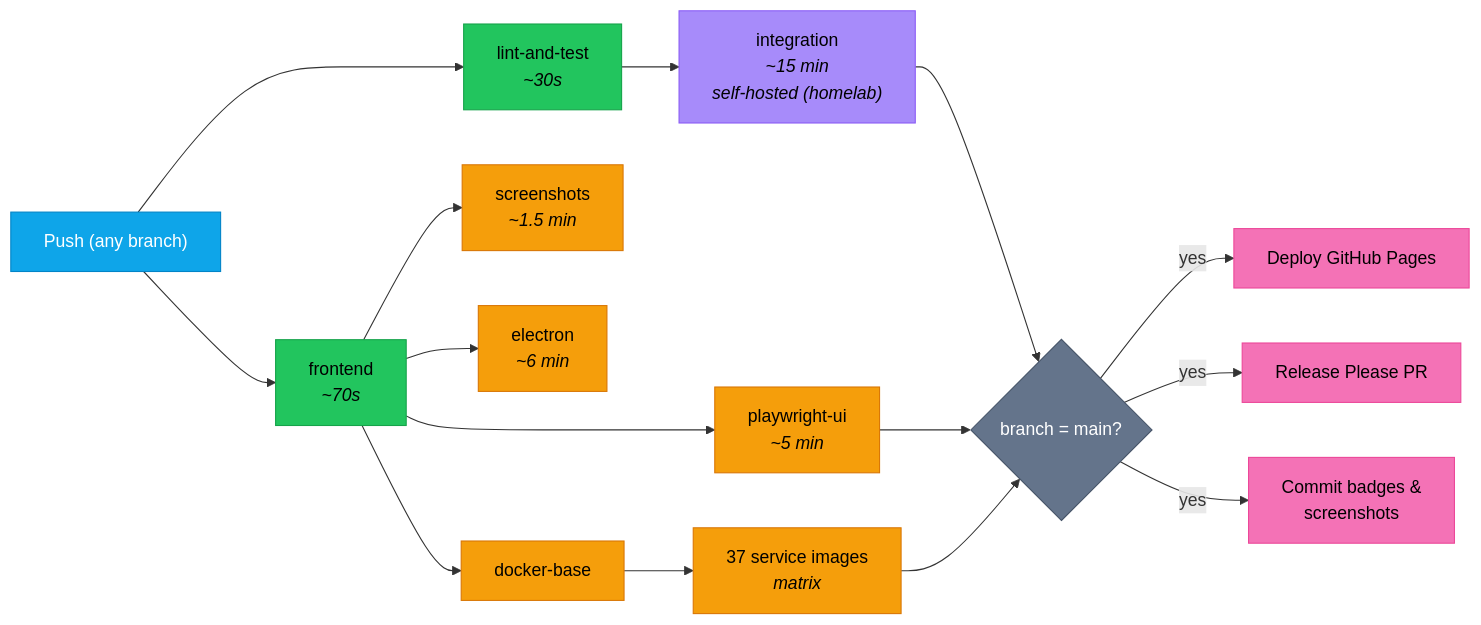
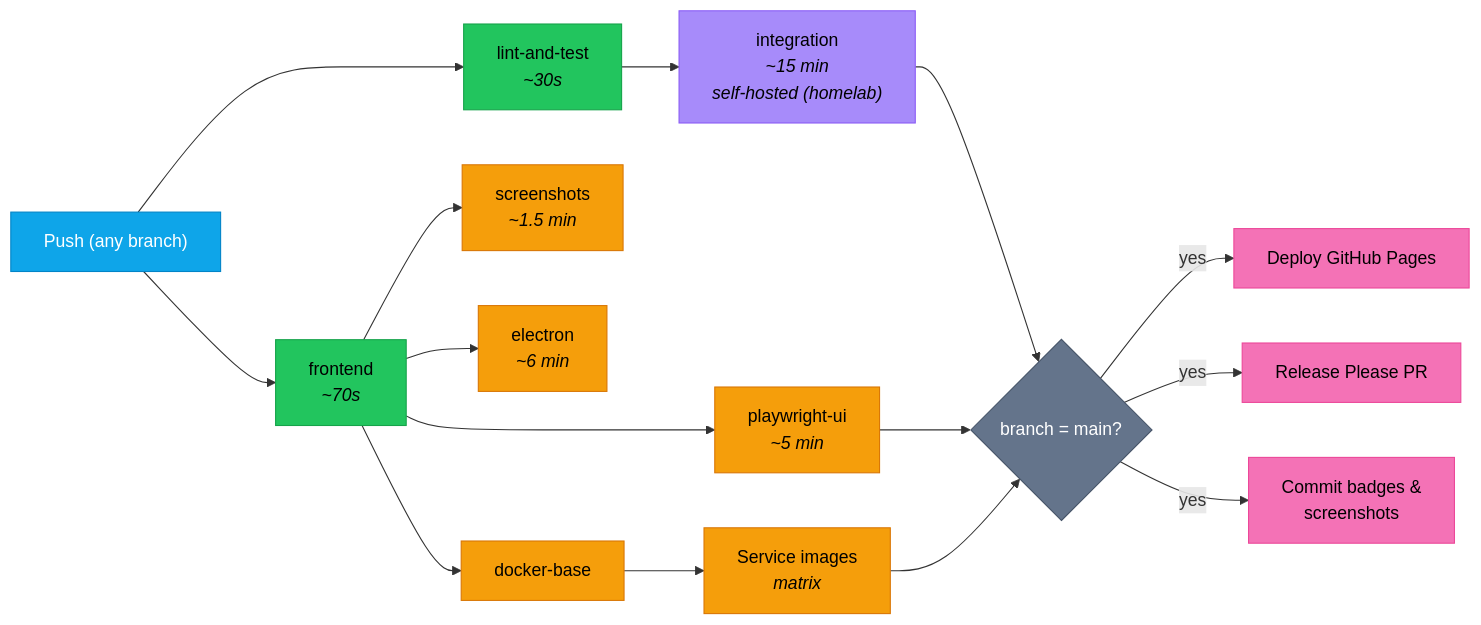
The diagram in docs/site/src/content/docs/development/ci-cd.md (milesburton/veta-trading-platform), drawn with Mermaid before and after one commit. The commit also changed other lines of this file and 3 other files, not shown here.

Commit message:
docs: remove stale hard-coded counts from CI and architecture pages

````diff
--- a/docs/site/src/content/docs/development/ci-cd.md
+++ b/docs/site/src/content/docs/development/ci-cd.md
@@ -12,31 +12,31 @@
 ```mermaid
 flowchart LR
   Push["Push (any branch)"]:::trigger
 
   Push --> Lint["lint-and-test<br/><i>~30s</i>"]:::test
   Push --> Frontend["frontend<br/><i>~70s</i>"]:::test
 
   Lint --> Integration["integration<br/><i>~15 min</i><br/><i>self-hosted (homelab)</i>"]:::heavy
 
   Frontend --> Playwright["playwright-ui<br/><i>~5 min</i>"]:::parallel
   Frontend --> Screenshots["screenshots<br/><i>~1.5 min</i>"]:::parallel
   Frontend --> Electron["electron<br/><i>~6 min</i>"]:::parallel
   Frontend --> DockerBase["docker-base"]:::parallel
 
-  DockerBase --> DockerMatrix["37 service images<br/><i>matrix</i>"]:::parallel
+  DockerBase --> DockerMatrix["Service images<br/><i>matrix</i>"]:::parallel
 
   Integration --> MainCheck{"branch = main?"}:::decision
   Playwright --> MainCheck
   DockerMatrix --> MainCheck
 
   MainCheck -- "yes" --> Pages["Deploy GitHub Pages"]:::deploy
   MainCheck -- "yes" --> Release["Release Please PR"]:::deploy
   MainCheck -- "yes" --> Badges["Commit badges &<br/>screenshots"]:::deploy
 
   classDef trigger fill:#0ea5e9,stroke:#0284c7,color:#fff
   classDef test fill:#22c55e,stroke:#16a34a,color:#000
   classDef heavy fill:#a78bfa,stroke:#8b5cf6,color:#000
   classDef parallel fill:#f59e0b,stroke:#d97706,color:#000
   classDef decision fill:#64748b,stroke:#475569,color:#fff
   classDef deploy fill:#f472b6,stroke:#ec4899,color:#000
 ```
````
